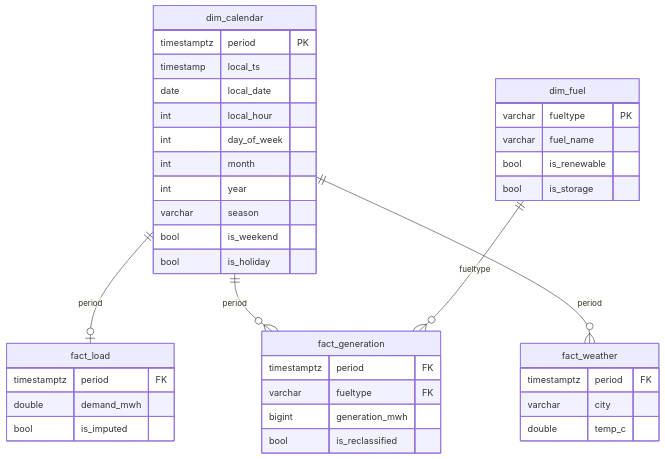
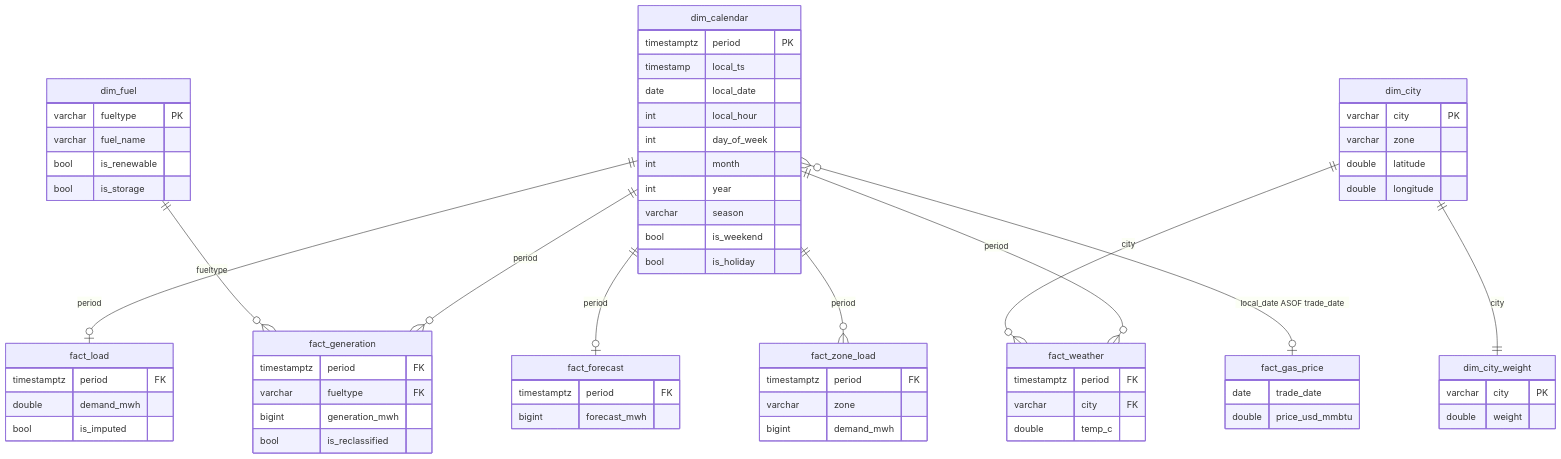
One commit to Stenberg1/texas-grid-load-analysis changed the diagram in README.md. Above: the diagram before and after it, drawn with Mermaid. The commit also changed other lines of this file and 30 other files, not shown here.

First line of the commit message:
Add 4 cities, Henry Hub gas prices, ERCOT forecast comparison; fix Uri baseline

````diff
--- a/README.md
+++ b/README.md
@@ -32,41 +51,69 @@
 ```mermaid
 erDiagram
     dim_calendar ||--o| fact_load : period
+    dim_calendar ||--o| fact_forecast : period
     dim_calendar ||--o{ fact_generation : period
     dim_calendar ||--o{ fact_weather : period
+    dim_calendar ||--o{ fact_zone_load : period
+    dim_calendar }o--o| fact_gas_price : "local_date ASOF trade_date"
     dim_fuel ||--o{ fact_generation : fueltype
+    dim_city ||--o{ fact_weather : city
+    dim_city ||--|| dim_city_weight : city
     dim_calendar {
         timestamptz period PK
         timestamp local_ts
         date local_date
         int local_hour
         int day_of_week
         int month
         int year
         varchar season
         bool is_weekend
         bool is_holiday
     }
     dim_fuel {
         varchar fueltype PK
         varchar fuel_name
         bool is_renewable
         bool is_storage
     }
+    dim_city {
+        varchar city PK
+        varchar zone
+        double latitude
+        double longitude
+    }
+    dim_city_weight {
+        varchar city PK
+        double weight
+    }
     fact_load {
         timestamptz period FK
         double demand_mwh
         bool is_imputed
+    }
+    fact_forecast {
+        timestamptz period FK
+        bigint forecast_mwh
     }
     fact_generation {
         timestamptz period FK
         varchar fueltype FK
         bigint generation_mwh
         bool is_reclassified
     }
     fact_weather {
         timestamptz period FK
-        varchar city
+        varchar city FK
         double temp_c
     }
+    fact_zone_load {
+        timestamptz period FK
+        varchar zone
+        bigint demand_mwh
+    }
+    fact_gas_price {
+        date trade_date
+        double price_usd_mmbtu
+    }
 ```
````
